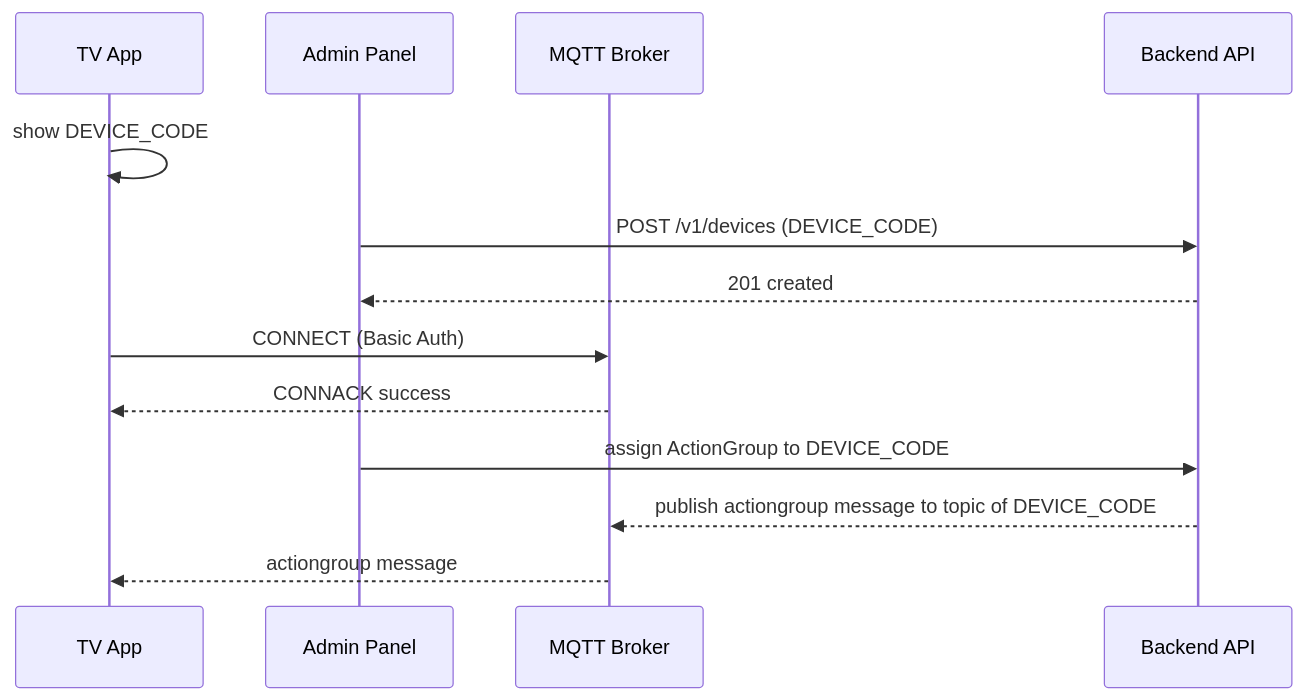
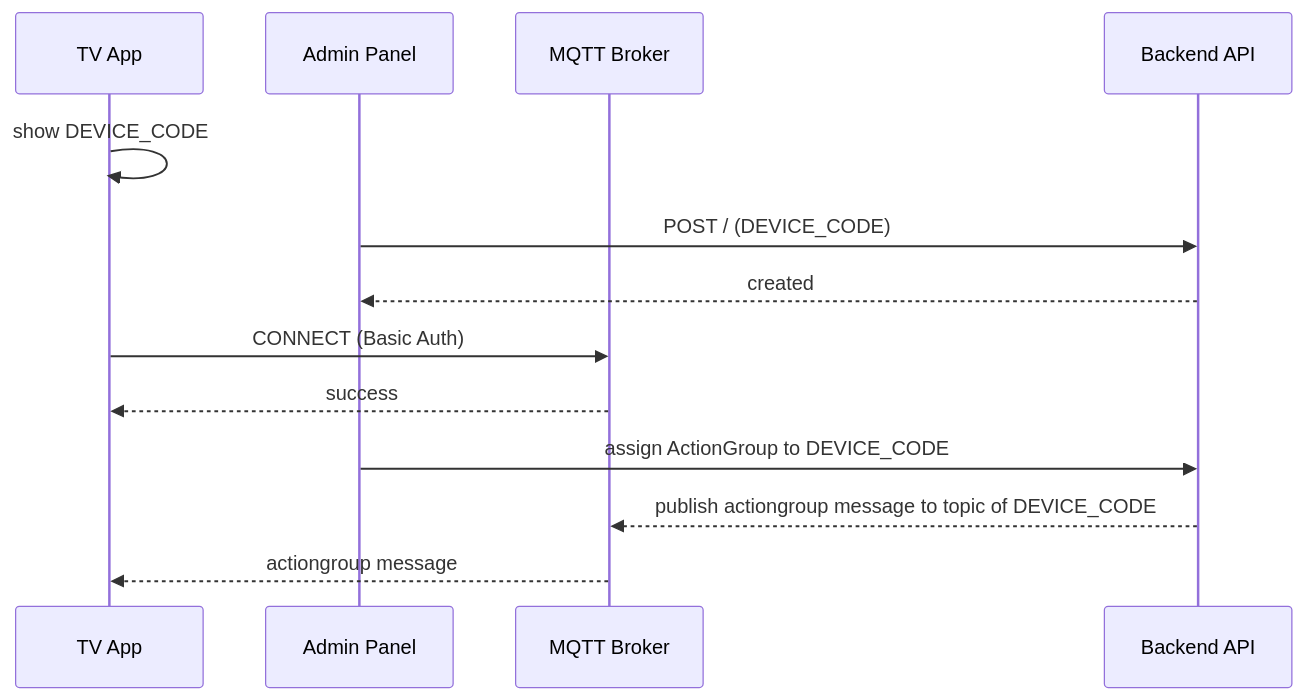
The diagram in auth.md (shadichi/signage_topology), drawn with Mermaid before and after one commit. The commit also changed other lines of this file and 12 other files, not shown here.

````diff
--- a/auth.md
+++ b/auth.md
@@ -55,18 +54,18 @@
 ```mermaid
 sequenceDiagram
   participant TV as TV App
   participant Panel as Admin Panel
   participant MQTT as MQTT Broker
   participant API as Backend API
 
   TV->>TV: show DEVICE_CODE
-  Panel->>API: POST /v1/devices (DEVICE_CODE)
-  API-->>Panel: 201 created
+  Panel->>API: POST / (DEVICE_CODE)
+  API-->>Panel: created
 
   TV->>MQTT: CONNECT (Basic Auth)
-  MQTT-->>TV: CONNACK success
+  MQTT-->>TV: success
 
   Panel->>API: assign ActionGroup to DEVICE_CODE
   API-->>MQTT: publish actiongroup message to topic of DEVICE_CODE
   MQTT-->>TV: actiongroup message
 ```
````
